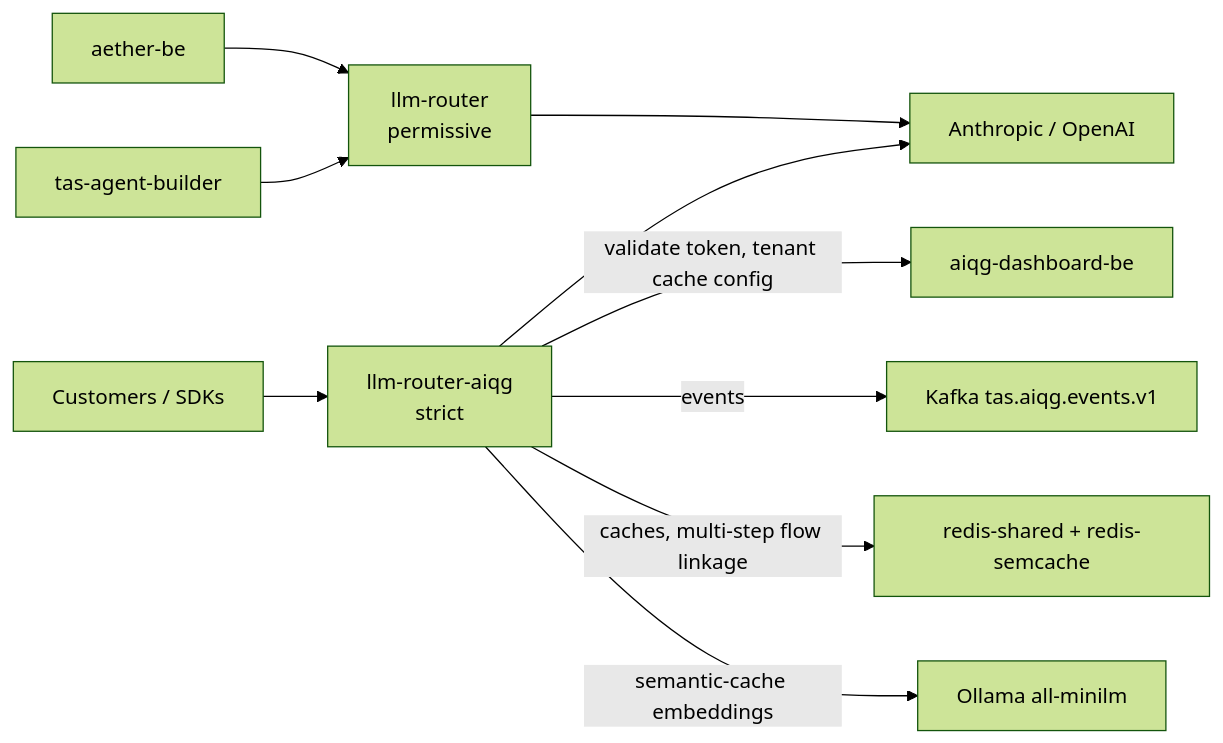
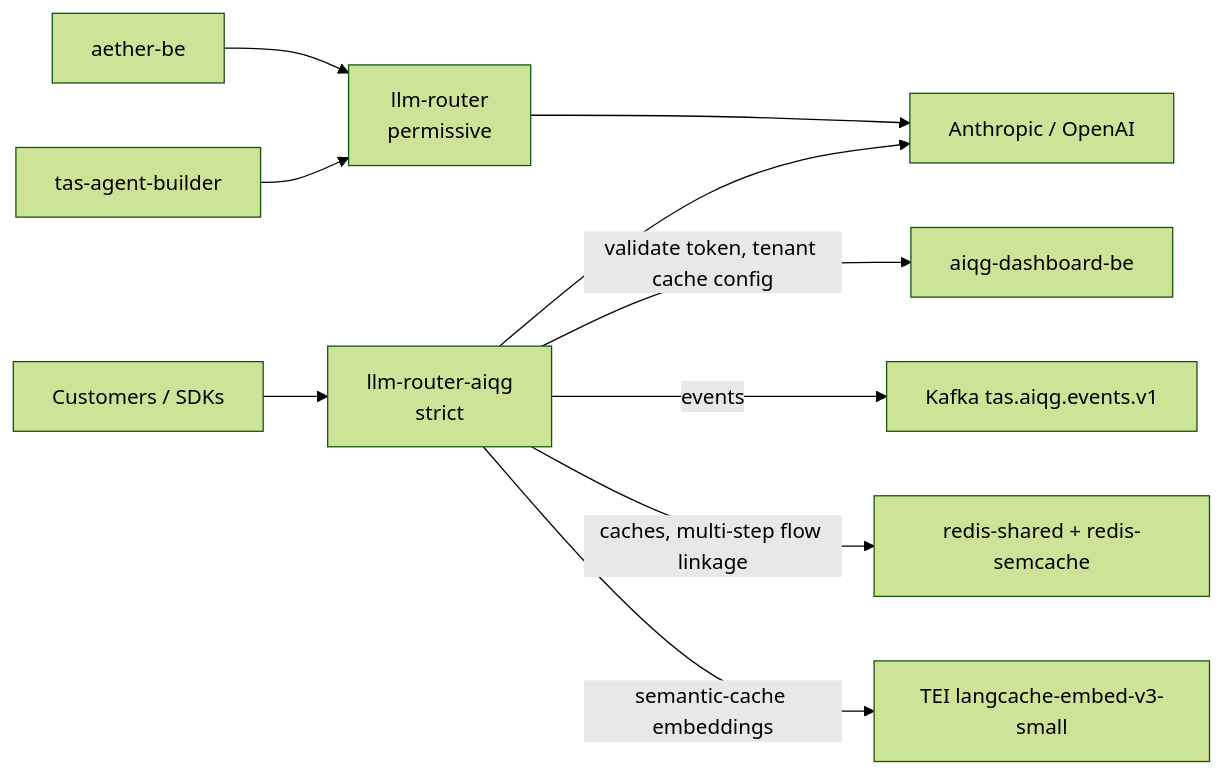
The diagram in README.md (Tributary-ai-services/tas-llm-router), drawn with Mermaid (forest theme) before and after one commit. The commit also changed other lines of this file and 1 other file, not shown here.

````diff
--- a/README.md
+++ b/README.md
@@ -306,12 +340,12 @@
 ```mermaid
 flowchart LR
   A[aether-be] --> R[llm-router<br/>permissive]
   B[tas-agent-builder] --> R
   C[Customers / SDKs] --> G[llm-router-aiqg<br/>strict]
   R --> P[Anthropic / OpenAI]
   G --> P
   G -->|validate token, tenant cache config| D[aiqg-dashboard-be]
   G -->|events| K[Kafka tas.aiqg.events.v1]
   G -->|caches, multi-step flow linkage| RD[redis-shared + redis-semcache]
-  G -->|semantic-cache embeddings| O[Ollama all-minilm]
+  G -->|semantic-cache embeddings| O[TEI langcache-embed-v3-small]
 ```
````
